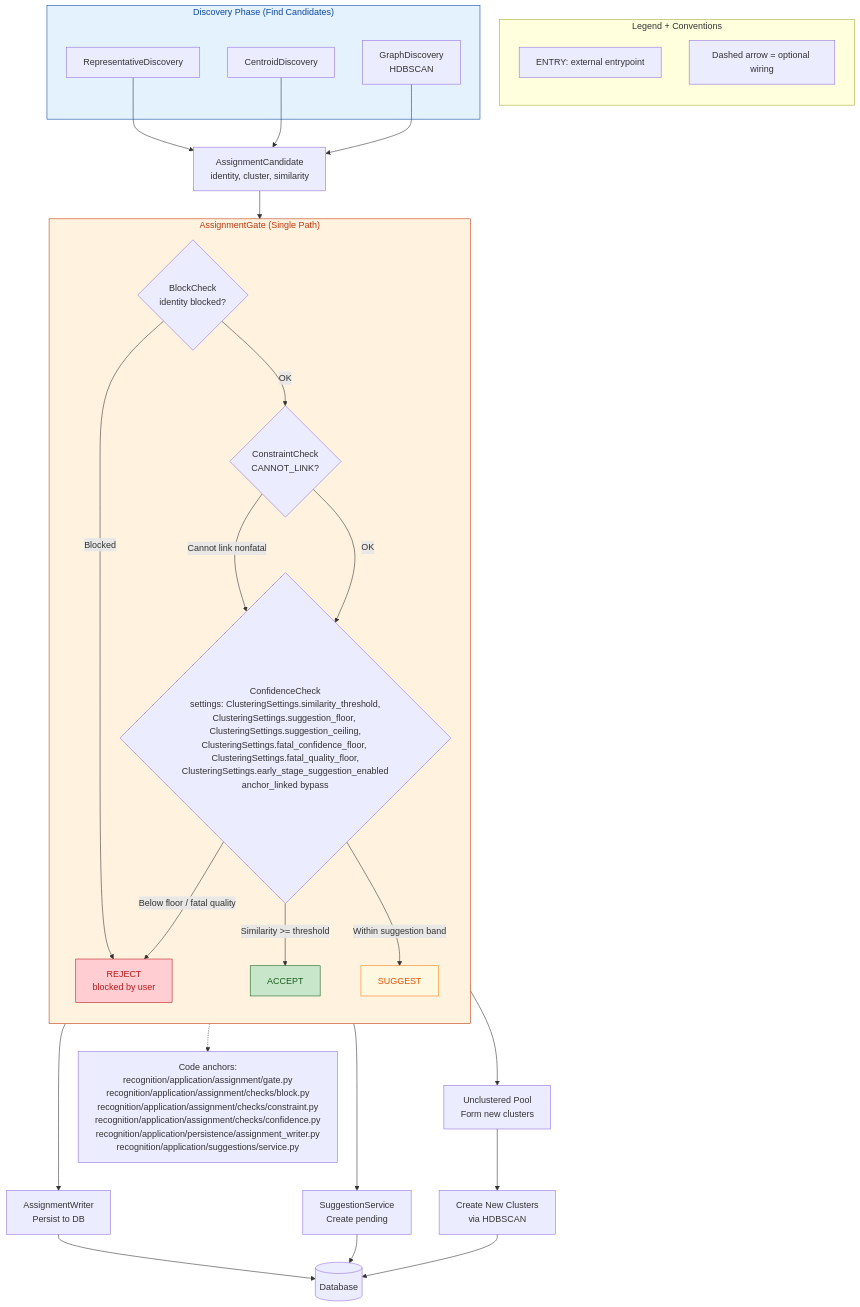
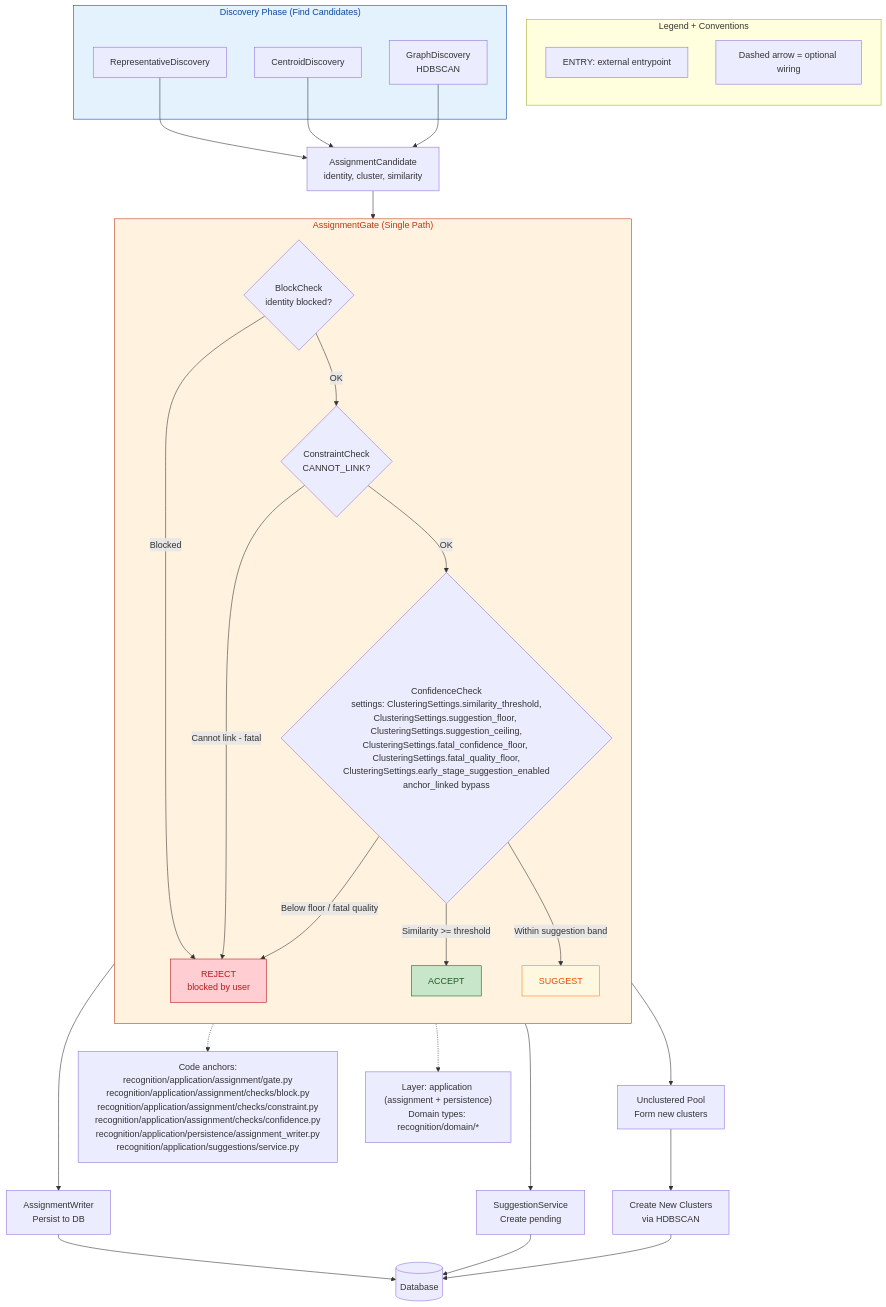
The diagram in docs/agentic/diagrams/backend-uml/components/assignment-gate.mmd (darce/context-alt-text-monorepo), drawn with Mermaid before and after one commit. The commit also changed 33 other files, not shown here.

Commit message:
docs: refresh agentic diagrams and clustering docs

```diff
--- a/docs/agentic/diagrams/backend-uml/components/assignment-gate.mmd
+++ b/docs/agentic/diagrams/backend-uml/components/assignment-gate.mmd
@@ -1,57 +1,61 @@
 flowchart TD
+    %% Layer: application (recognition/application/assignment/*)
     subgraph Legend["Legend + Conventions"]
         direction TB
         LegendEntry["ENTRY: external entrypoint"]
         LegendOptional["Dashed arrow = optional wiring"]
     end
 
     subgraph Discovery["Discovery Phase (Find Candidates)"]
         RD[RepresentativeDiscovery]
         CD[CentroidDiscovery]
         GD[GraphDiscovery<br/>HDBSCAN]
     end
     
     RD --> Candidates
     CD --> Candidates
     GD --> Candidates
     
     Candidates[AssignmentCandidate<br/>identity, cluster, similarity]
     
     Candidates --> Gate
     
     subgraph Gate["AssignmentGate (Single Path)"]
         direction TB
 
         BC{BlockCheck<br/>identity blocked?}
         CON{ConstraintCheck<br/>CANNOT_LINK?}
         CONF{ConfidenceCheck<br/>settings: ClusteringSettings.similarity_threshold,<br/>ClusteringSettings.suggestion_floor, ClusteringSettings.suggestion_ceiling,<br/>ClusteringSettings.fatal_confidence_floor, ClusteringSettings.fatal_quality_floor,<br/>ClusteringSettings.early_stage_suggestion_enabled<br/>anchor_linked bypass}
 
         BC -->|Blocked| Reject[REJECT<br/>blocked by user]
         BC -->|OK| CON
 
-        CON -->|Cannot link nonfatal| CONF
+        CON -->|Cannot link - fatal| Reject
         CON -->|OK| CONF
 
         CONF -->|Similarity >= threshold| Accept[ACCEPT]
         CONF -->|Within suggestion band| Suggest[SUGGEST]
         CONF -->|Below floor / fatal quality| Reject
     end
 
     Accept --> Writer[AssignmentWriter<br/>Persist to DB]
     Suggest --> Sugg[SuggestionService<br/>Create pending]
     Reject --> Pool[Unclustered Pool<br/>Form new clusters]
     
     Writer --> DB[(Database)]
     Sugg --> DB
     Pool --> NewClusters[Create New Clusters<br/>via HDBSCAN]
     NewClusters --> DB
 
     GateCode["Code anchors:\nrecognition/application/assignment/gate.py\nrecognition/application/assignment/checks/block.py\nrecognition/application/assignment/checks/constraint.py\nrecognition/application/assignment/checks/confidence.py\nrecognition/application/persistence/assignment_writer.py\nrecognition/application/suggestions/service.py"]
     Gate -.-> GateCode
+
+    LayerNote["Layer: application (assignment + persistence)\nDomain types: recognition/domain/*"]
+    Gate -.-> LayerNote
     
     %% Styling (WCAG AA compliant - 4.5:1 text contrast, 3:1 graphical contrast)
     style Gate fill:#fff3e0,stroke:#bf360c,color:#bf360c
     style Accept fill:#c8e6c9,stroke:#1b5e20,color:#1b5e20
     style Reject fill:#ffcdd2,stroke:#b71c1c,color:#b71c1c
     style Suggest fill:#fff8e1,stroke:#f57f17,color:#e65100
     style Discovery fill:#e3f2fd,stroke:#0d47a1,color:#0d47a1
```
